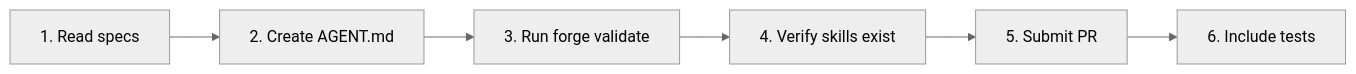
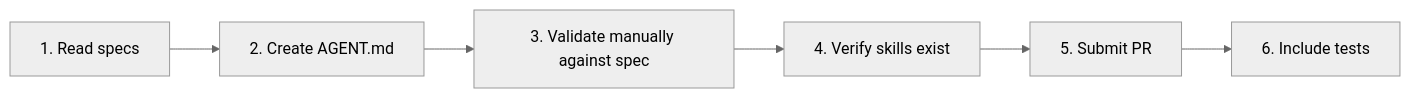
One commit to Razaib-khan/ForgeWeave changed the fifth of 5 diagrams in AGENT_SPEC.md. Above: the diagram before and after it, drawn with Mermaid (neutral theme). The commit also changed other lines of this file and 410 other files, not shown here.

````diff
--- a/AGENT_SPEC.md
+++ b/AGENT_SPEC.md
@@ -420,8 +422,8 @@
 ```mermaid
 flowchart LR
     A["1. Read specs"] --> B["2. Create AGENT.md"]
-    B --> C["3. Run forge validate"]
+    B --> C["3. Validate manually against spec"]
     C --> D["4. Verify skills exist"]
     D --> E["5. Submit PR"]
     E --> F["6. Include tests"]
 ```
````
